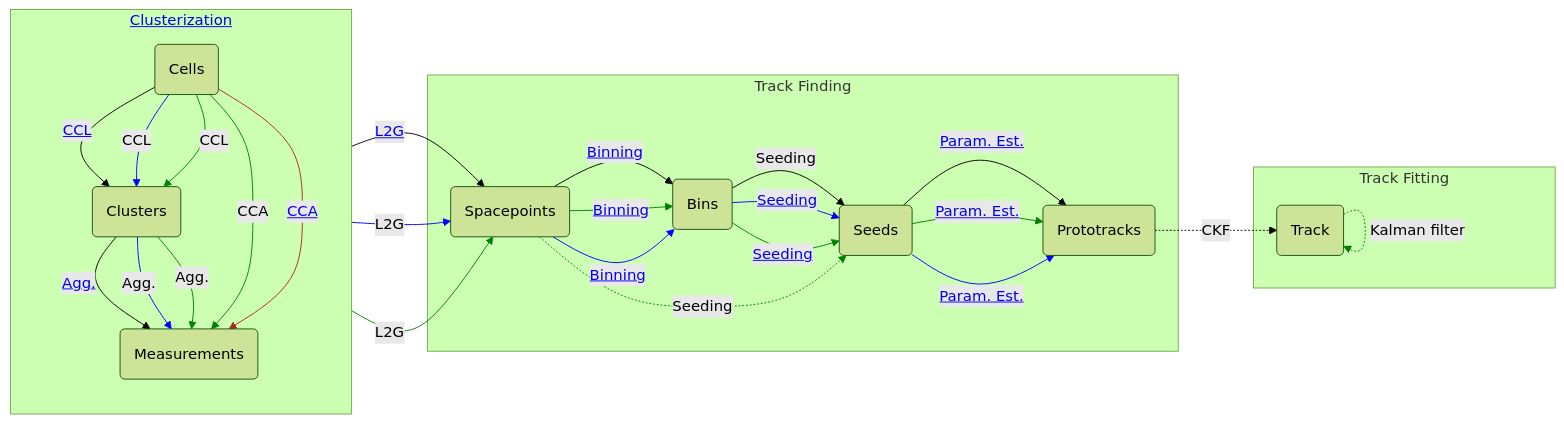
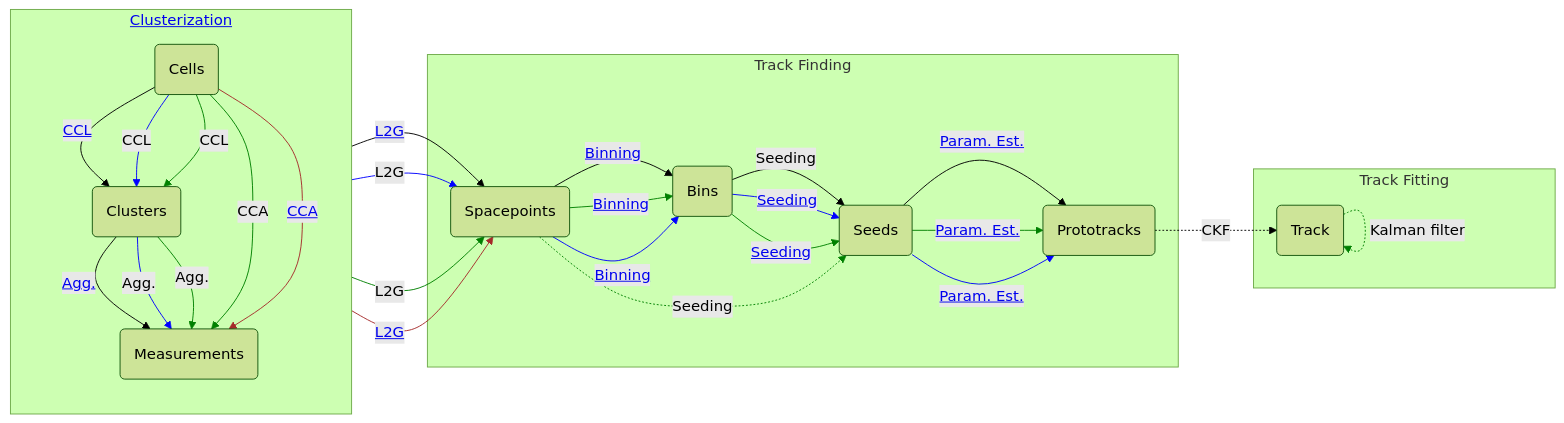
Before and after one commit to acts-project/traccc: the diagram in README.md, drawn with Mermaid (forest theme). The commit also changed 5 other files, not shown here.

First line of the commit message:
Add Futhark implementation of spacepoint formation

````diff
--- a/README.md
+++ b/README.md
@@ -147,4 +147,8 @@
     %% Futhark measurement creation
     cell -->|<a href='https://github.com/acts-project/traccc/blob/main/device/futhark/src/measurement_creation.fut'>CCA</a>| meas;
     linkStyle 23 stroke: brown;
+
+    %% Futhark spacepoint creation
+    meas -->|<a href='https://github.com/acts-project/traccc/blob/main/device/futhark/src/spacepoint_formation.fut'>L2G</a>| sp;
+    linkStyle 24 stroke: brown;
 ```
````
